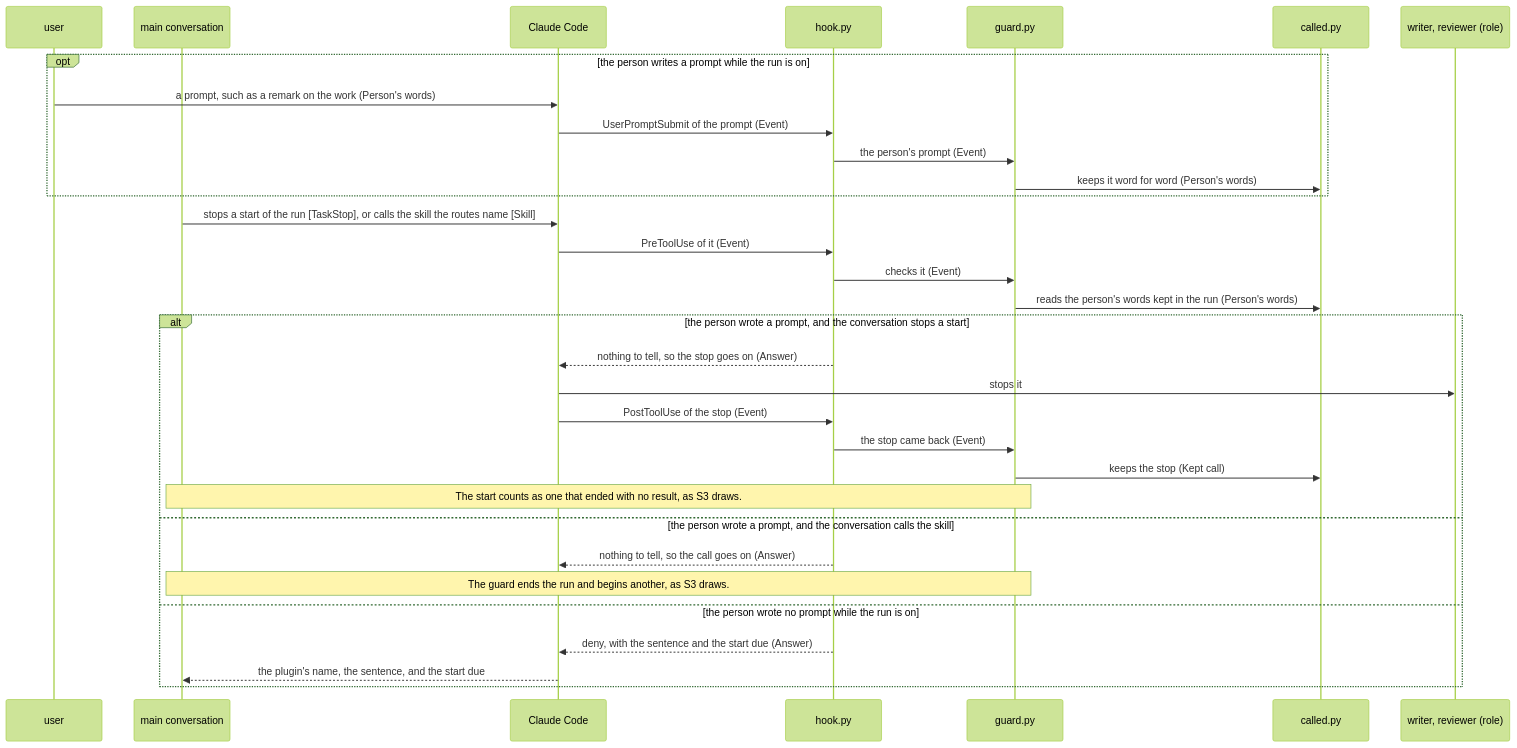
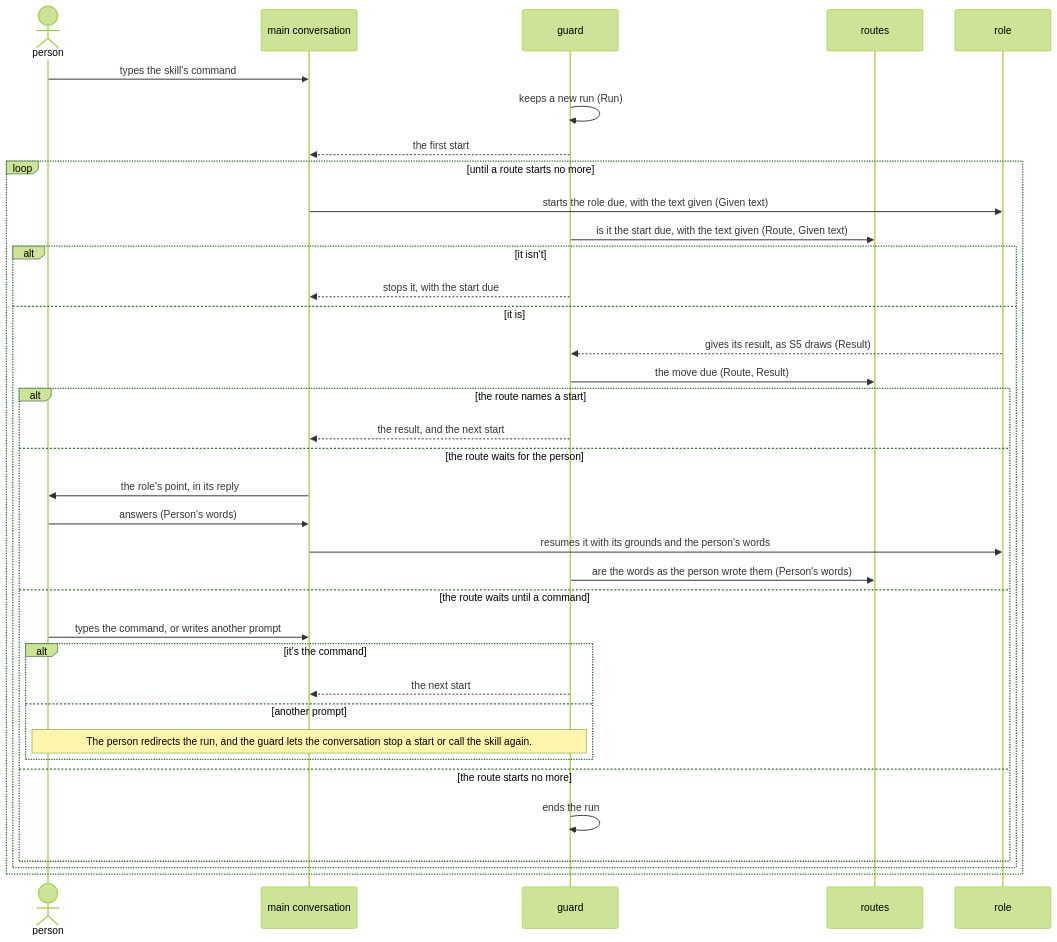
Before and after one commit to lovaizu/ccpm: the third of 7 diagrams in dev/lane/architecture.md, drawn with Mermaid (forest theme). The commit also changed other lines of this file and 2 other files, not shown here.

````diff
--- a/dev/lane/architecture.md
+++ b/dev/lane/architecture.md
@@ -521,34 +208,38 @@
 ```mermaid
 sequenceDiagram
-  participant U as user
+  actor P as person
   participant M as main conversation
-  participant CC as Claude Code
-  participant H as hook.py
-  participant G as guard.py
-  participant C as called.py
-  participant S as writer, reviewer (role)
-  opt the person writes a prompt while the run is on
-    U->>CC: a prompt, such as a remark on the work (Person's words)
-    CC->>H: UserPromptSubmit of the prompt (Event)
-    H->>G: the person's prompt (Event)
-    G->>C: keeps it word for word (Person's words)
-  end
-  M->>CC: stops a start of the run [TaskStop], or calls the skill the routes name [Skill]
-  CC->>H: PreToolUse of it (Event)
-  H->>G: checks it (Event)
-  G->>C: reads the person's words kept in the run (Person's words)
-  alt the person wrote a prompt, and the conversation stops a start
-    H-->>CC: nothing to tell, so the stop goes on (Answer)
-    CC->>S: stops it
-    CC->>H: PostToolUse of the stop (Event)
-    H->>G: the stop came back (Event)
-    G->>C: keeps the stop (Kept call)
-    Note over M,G: The start counts as one that ended with no result, as S3 draws.
-  else the person wrote a prompt, and the conversation calls the skill
-    H-->>CC: nothing to tell, so the call goes on (Answer)
-    Note over M,G: The guard ends the run and begins another, as S3 draws.
-  else the person wrote no prompt while the run is on
-    H-->>CC: deny, with the sentence and the start due (Answer)
-    CC-->>M: the plugin's name, the sentence, and the start due
+  participant G as guard
+  participant RT as routes
+  participant R as role
+  P->>M: types the skill's command
+  G->>G: keeps a new run (Run)
+  G-->>M: the first start
+  loop until a route starts no more
+    M->>R: starts the role due, with the text given (Given text)
+    G->>RT: is it the start due, with the text given (Route, Given text)
+    alt it isn't
+      G-->>M: stops it, with the start due
+    else it is
+      R-->>G: gives its result, as S5 draws (Result)
+      G->>RT: the move due (Route, Result)
+      alt the route names a start
+        G-->>M: the result, and the next start
+      else the route waits for the person
+        M->>P: the role's point, in its reply
+        P->>M: answers (Person's words)
+        M->>R: resumes it with its grounds and the person's words
+        G->>RT: are the words as the person wrote them (Person's words)
+      else the route waits until a command
+        P->>M: types the command, or writes another prompt
+        alt it's the command
+          G-->>M: the next start
+        else another prompt
+          Note over P,G: The person redirects the run, and the guard lets the conversation stop a start or call the skill again.
+        end
+      else the route starts no more
+        G->>G: ends the run
+      end
+    end
   end
 ```
````
